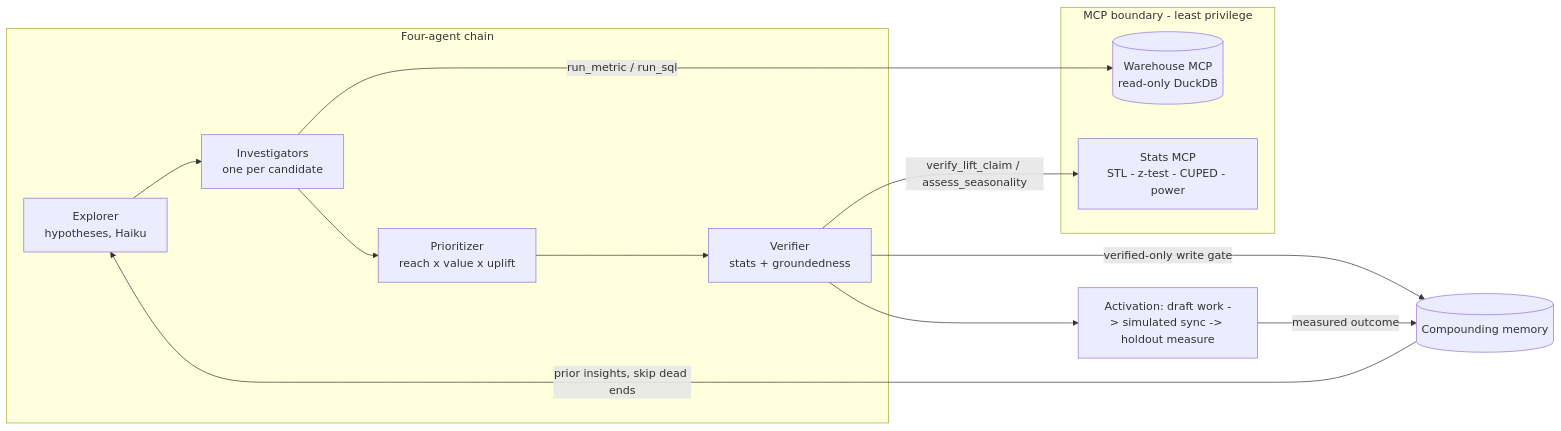
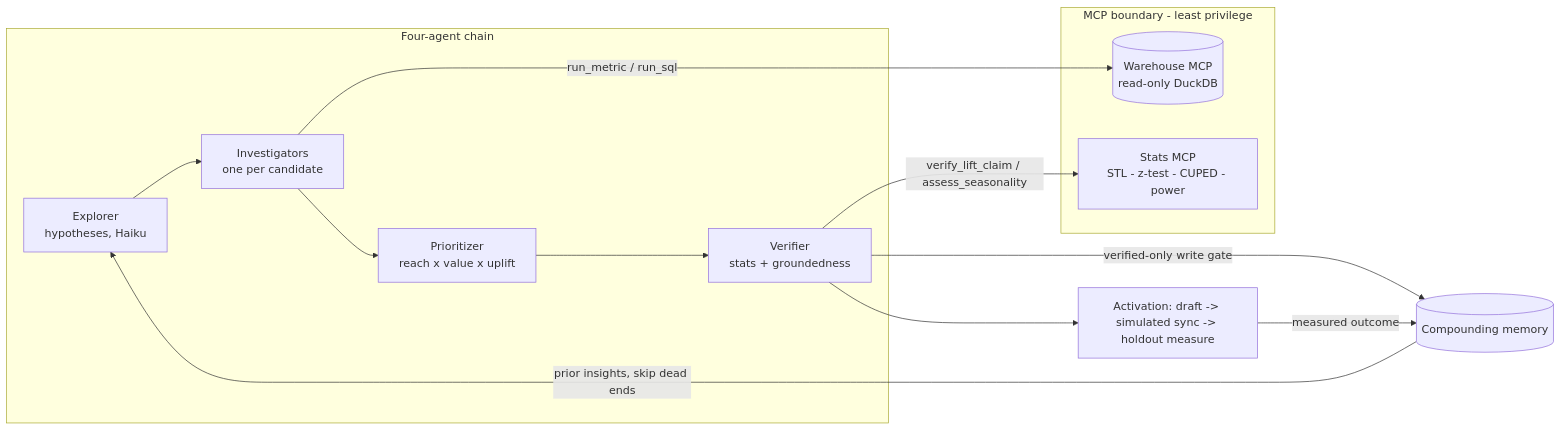
The diagram in README.md (kevinvalenciaa/cdp-project), drawn with Mermaid before and after one commit. The commit also changed other lines of this file, not shown here.

````diff
--- a/README.md
+++ b/README.md
@@ -19,18 +18,18 @@
 ```mermaid
 flowchart LR
   subgraph chain [Four-agent chain]
     E[Explorer<br/>hypotheses, Haiku] --> I[Investigators<br/>one per candidate]
     I --> P[Prioritizer<br/>reach x value x uplift]
     P --> V[Verifier<br/>stats + groundedness]
   end
   subgraph mcp [MCP boundary - least privilege]
     W[(Warehouse MCP<br/>read-only DuckDB)]
     S[Stats MCP<br/>STL - z-test - CUPED - power]
   end
   I -- run_metric / run_sql --> W
   V -- verify_lift_claim / assess_seasonality --> S
   V -- verified-only write gate --> M[(Compounding memory)]
   M -- prior insights, skip dead ends --> E
-  V --> A[Activation: draft work -> simulated sync -> holdout measure]
+  V --> A[Activation: draft -> simulated sync -> holdout measure]
   A -- measured outcome --> M
 ```
````
